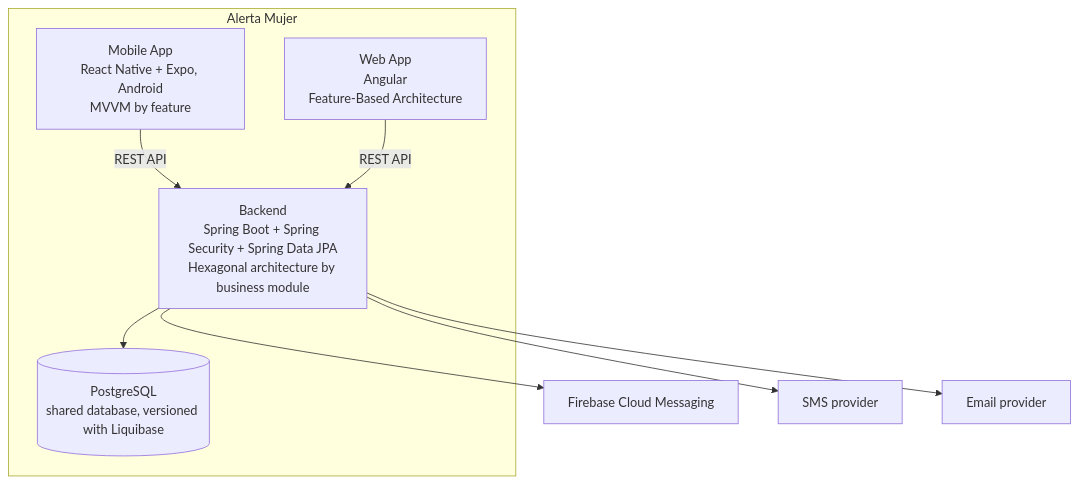
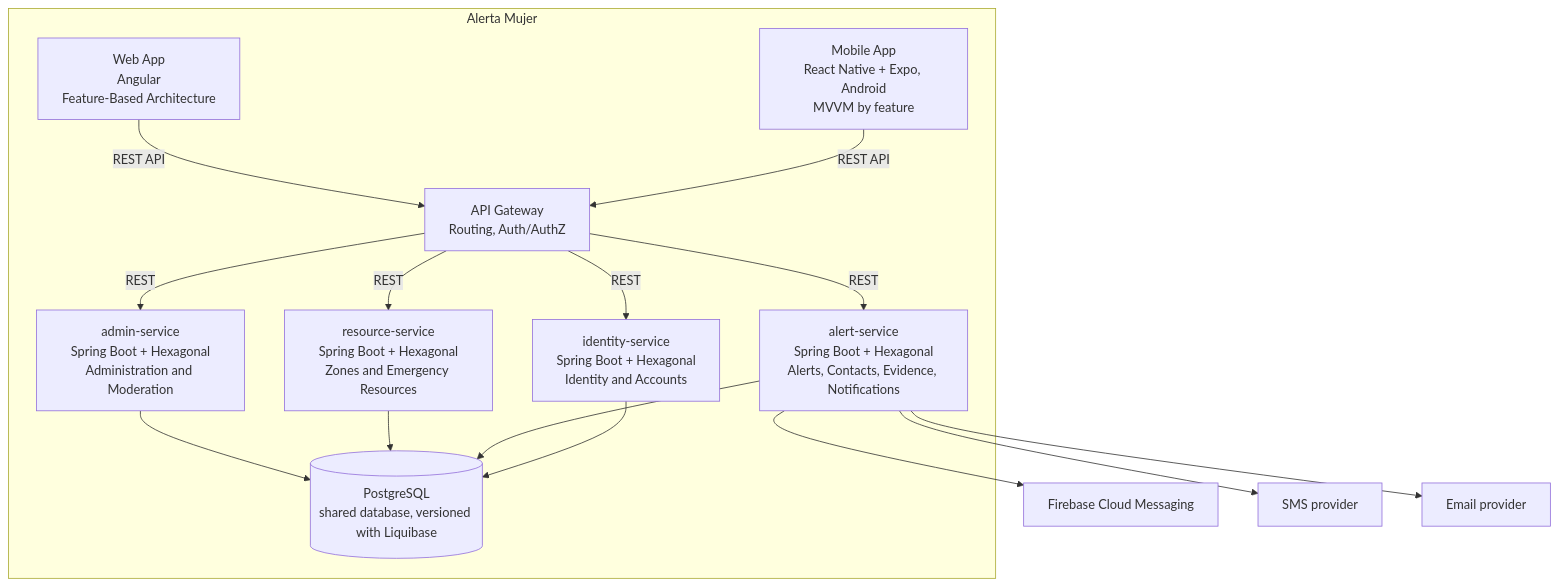
The second of 2 diagrams in 05-architecture/overview.md (code-sena/wal-docs), drawn with Mermaid before and after one commit. The commit also changed other lines of this file and 3 other files, not shown here.

````diff
--- a/05-architecture/overview.md
+++ b/05-architecture/overview.md
@@ -43,20 +43,31 @@
 ```mermaid
 graph TB
   subgraph "Alerta Mujer"
     MOB[Mobile App<br/>React Native + Expo, Android<br/>MVVM by feature]
     WEB[Web App<br/>Angular<br/>Feature-Based Architecture]
-    BACK[Backend<br/>Spring Boot + Spring Security + Spring Data JPA<br/>Hexagonal architecture by business module]
+    GW[API Gateway<br/>Routing, Auth/AuthZ]
+    ID[identity-service<br/>Spring Boot + Hexagonal<br/>Identity and Accounts]
+    AL[alert-service<br/>Spring Boot + Hexagonal<br/>Alerts, Contacts, Evidence, Notifications]
+    RS[resource-service<br/>Spring Boot + Hexagonal<br/>Zones and Emergency Resources]
+    AD[admin-service<br/>Spring Boot + Hexagonal<br/>Administration and Moderation]
     DB[(PostgreSQL<br/>shared database, versioned with Liquibase)]
   end
 
   FCM[Firebase Cloud Messaging]
   SMS[SMS provider]
   MAIL[Email provider]
 
-  MOB -->|REST API| BACK
-  WEB -->|REST API| BACK
-  BACK --> DB
-  BACK --> FCM
-  BACK --> SMS
-  BACK --> MAIL
+  MOB -->|REST API| GW
+  WEB -->|REST API| GW
+  GW -->|REST| ID
+  GW -->|REST| AL
+  GW -->|REST| RS
+  GW -->|REST| AD
+  ID --> DB
+  AL --> DB
+  RS --> DB
+  AD --> DB
+  AL --> FCM
+  AL --> SMS
+  AL --> MAIL
 ```
````
